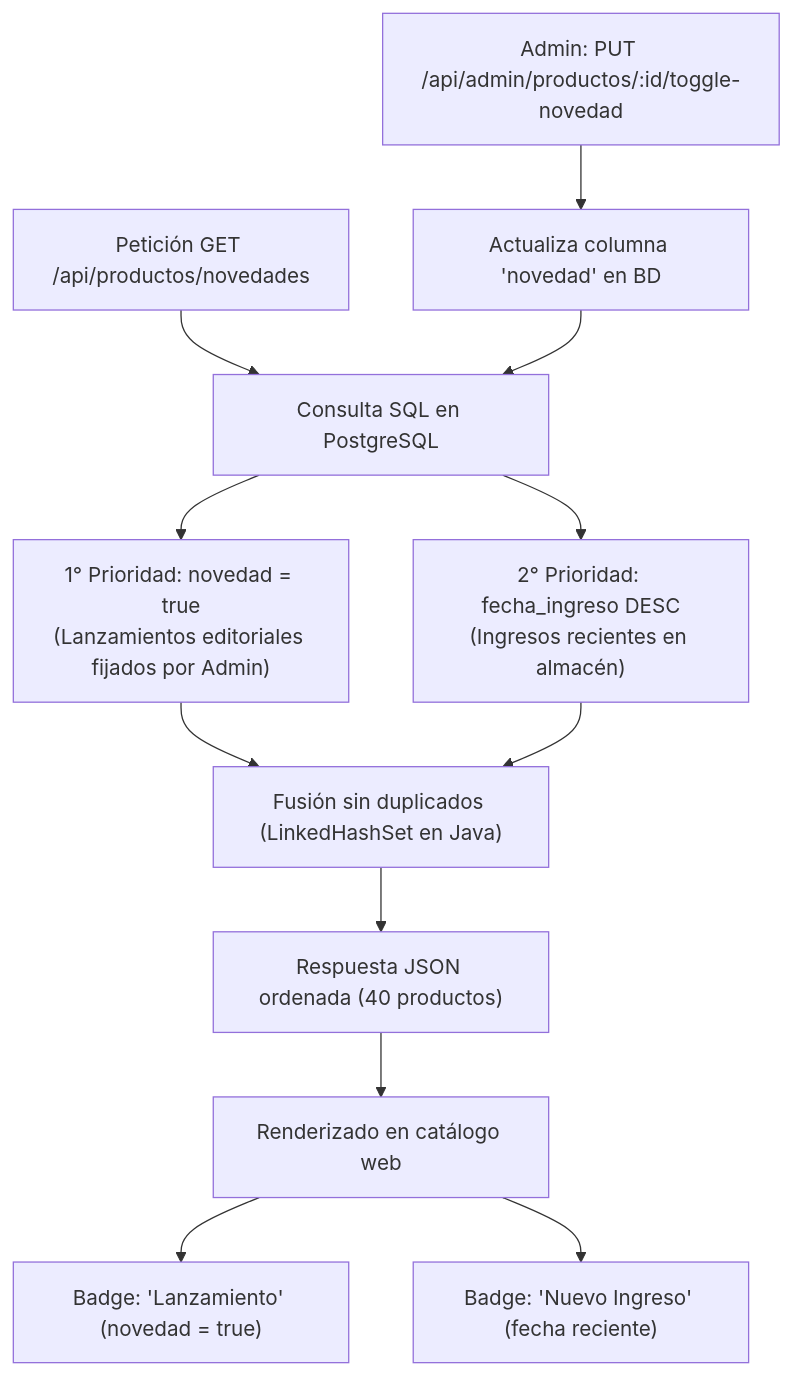
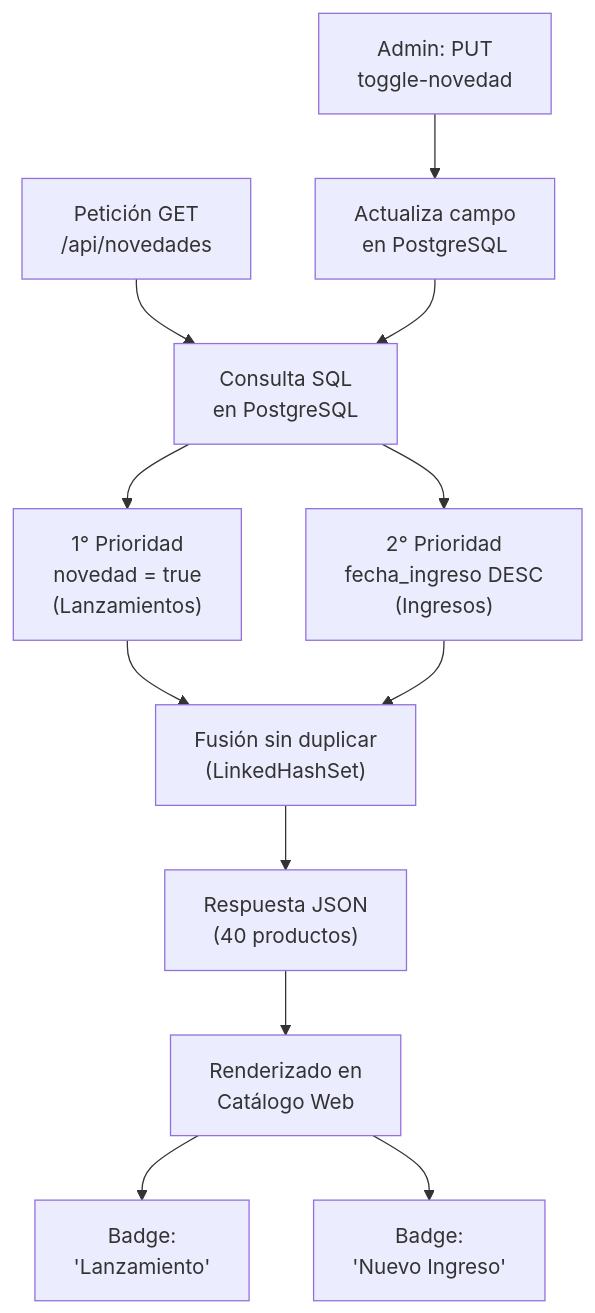
The third of 9 diagrams in README.md (MrCarlos17A/TechZone), drawn with Mermaid before and after one commit. The commit also changed other lines of this file, not shown here.

Commit message:
docs: solucion de diagramas README

````diff
--- a/README.md
+++ b/README.md
@@ -212,19 +211,19 @@
 ```mermaid
 flowchart TD
-    REQ["Petición GET /api/productos/novedades"] --> DB_QUERY["Consulta SQL en PostgreSQL"]
+    REQ["Petición GET<br/>/api/novedades"] --> DB_QUERY["Consulta SQL<br/>en PostgreSQL"]
     
-    DB_QUERY --> P1["1° Prioridad: novedad = true<br/>(Lanzamientos editoriales fijados por Admin)"]
-    DB_QUERY --> P2["2° Prioridad: fecha_ingreso DESC<br/>(Ingresos recientes en almacén)"]
+    DB_QUERY --> P1["1° Prioridad<br/>novedad = true<br/>(Lanzamientos)"]
+    DB_QUERY --> P2["2° Prioridad<br/>fecha_ingreso DESC<br/>(Ingresos)"]
     
-    P1 --> FUSION["Fusión sin duplicados (LinkedHashSet en Java)"]
+    P1 --> FUSION["Fusión sin duplicar<br/>(LinkedHashSet)"]
     P2 --> FUSION
     
-    FUSION --> RESPONSE["Respuesta JSON ordenada (40 productos)"]
-    RESPONSE --> RENDER["Renderizado en catálogo web"]
+    FUSION --> RESPONSE["Respuesta JSON<br/>(40 productos)"]
+    RESPONSE --> RENDER["Renderizado en<br/>Catálogo Web"]
     
-    RENDER --> BADGE1["Badge: 'Lanzamiento' (novedad = true)"]
-    RENDER --> BADGE2["Badge: 'Nuevo Ingreso' (fecha reciente)"]
+    RENDER --> BADGE1["Badge:<br/>'Lanzamiento'"]
+    RENDER --> BADGE2["Badge:<br/>'Nuevo Ingreso'"]
     
-    ADMIN_TOGGLE["Admin: PUT /api/admin/productos/:id/toggle-novedad"] --> UPDATE_BD["Actualiza columna 'novedad' en BD"]
+    ADMIN_TOGGLE["Admin: PUT<br/>toggle-novedad"] --> UPDATE_BD["Actualiza campo<br/>en PostgreSQL"]
     UPDATE_BD --> DB_QUERY
 ```
````
